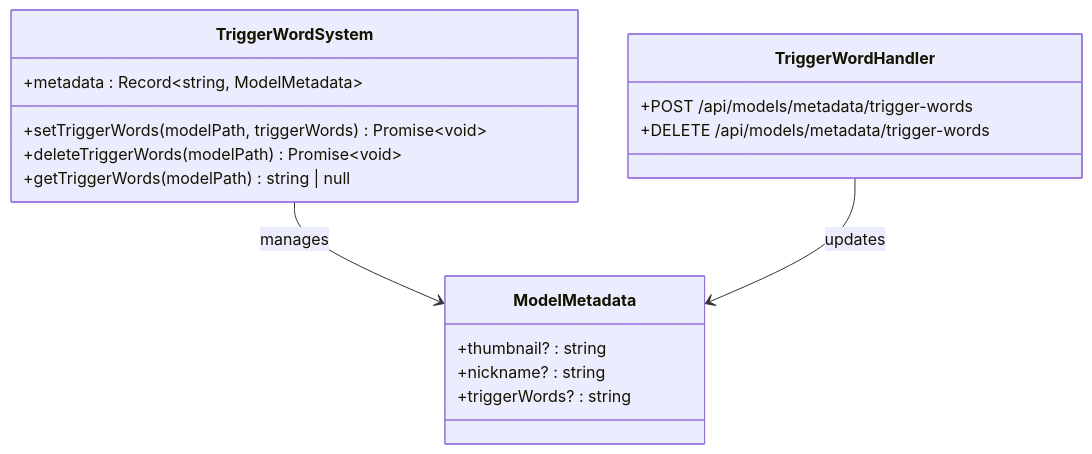
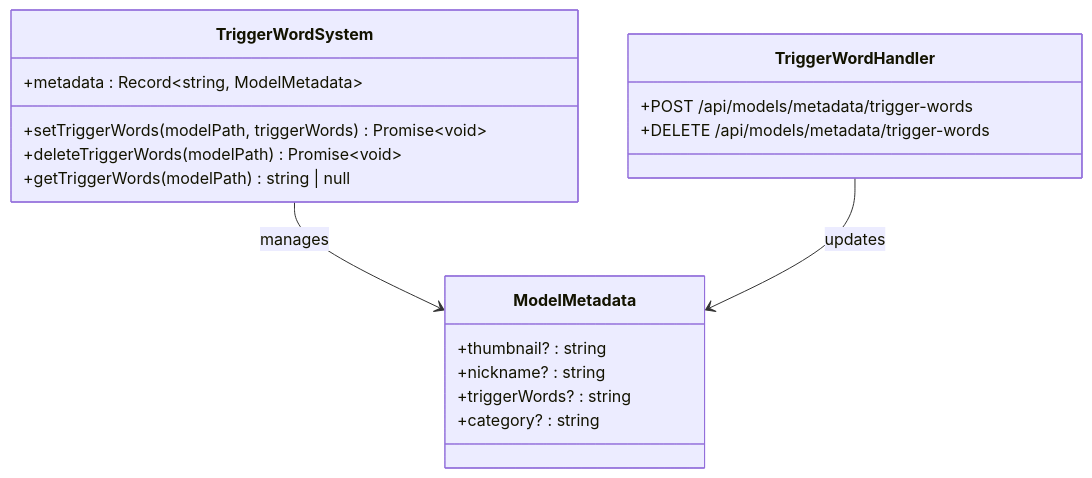
Before and after one commit to billye220670/CorineKit_Pix2Real: the sixth of 14 diagrams in .qoder/repowiki/zh/content/前端应用/模型元数据管理.md, drawn with Mermaid. The commit also changed other lines of this file and 11 other files, not shown here.

````diff
--- a/.qoder/repowiki/zh/content/前端应用/模型元数据管理.md
+++ b/.qoder/repowiki/zh/content/前端应用/模型元数据管理.md
@@ -278,20 +310,21 @@
 ```mermaid
 classDiagram
 class TriggerWordSystem {
 +setTriggerWords(modelPath, triggerWords) Promise~void~
 +deleteTriggerWords(modelPath) Promise~void~
 +getTriggerWords(modelPath) string | null
 +metadata : Record~string, ModelMetadata~
 }
 class ModelMetadata {
 +thumbnail? : string
 +nickname? : string
 +triggerWords? : string
++category? : string
 }
 class TriggerWordHandler {
 +POST /api/models/metadata/trigger-words
 +DELETE /api/models/metadata/trigger-words
 }
 TriggerWordSystem --> ModelMetadata : manages
 TriggerWordHandler --> ModelMetadata : updates
 ```
````
